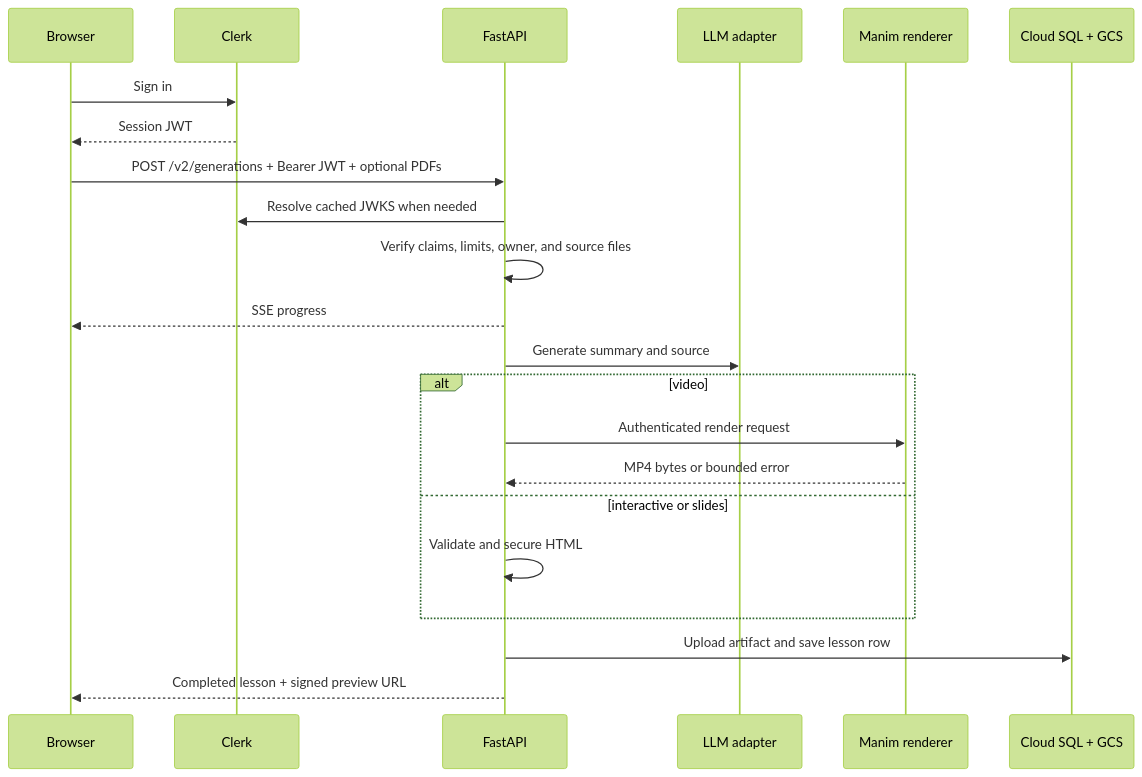
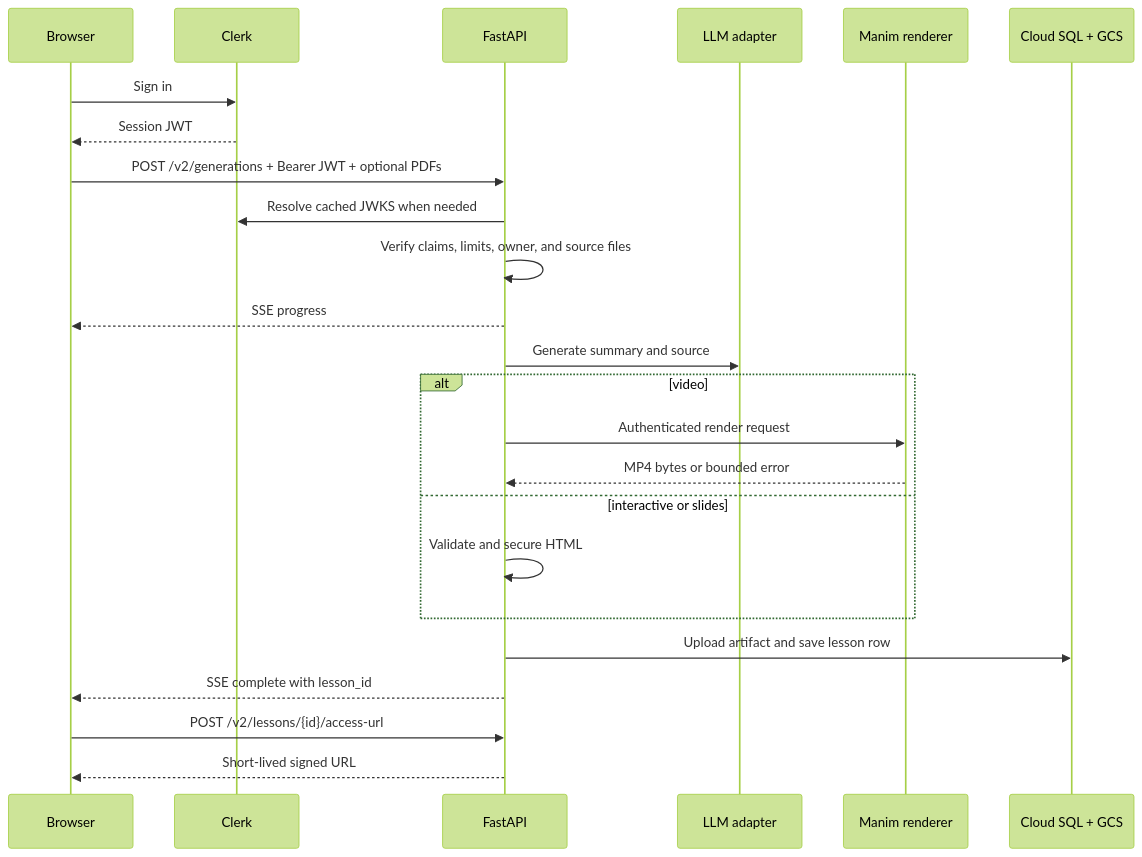
The second of 2 diagrams in REFACTOR.md (avarzhou-ctrl/Chalksmith.ai), drawn with Mermaid (forest theme) before and after one commit. The commit also changed other lines of this file and 2 other files, not shown here.

````diff
--- a/REFACTOR.md
+++ b/REFACTOR.md
@@ -107,25 +108,27 @@
 ```mermaid
 sequenceDiagram
     participant User as Browser
     participant Auth as Clerk
     participant API as FastAPI
     participant LLM as LLM adapter
     participant Runner as Manim renderer
     participant Store as Cloud SQL + GCS
 
     User->>Auth: Sign in
     Auth-->>User: Session JWT
     User->>API: POST /v2/generations + Bearer JWT + optional PDFs
     API->>Auth: Resolve cached JWKS when needed
     API->>API: Verify claims, limits, owner, and source files
     API-->>User: SSE progress
     API->>LLM: Generate summary and source
     alt video
         API->>Runner: Authenticated render request
         Runner-->>API: MP4 bytes or bounded error
     else interactive or slides
         API->>API: Validate and secure HTML
     end
     API->>Store: Upload artifact and save lesson row
-    API-->>User: Completed lesson + signed preview URL
+    API-->>User: SSE complete with lesson_id
+    User->>API: POST /v2/lessons/{id}/access-url
+    API-->>User: Short-lived signed URL
 ```
````
